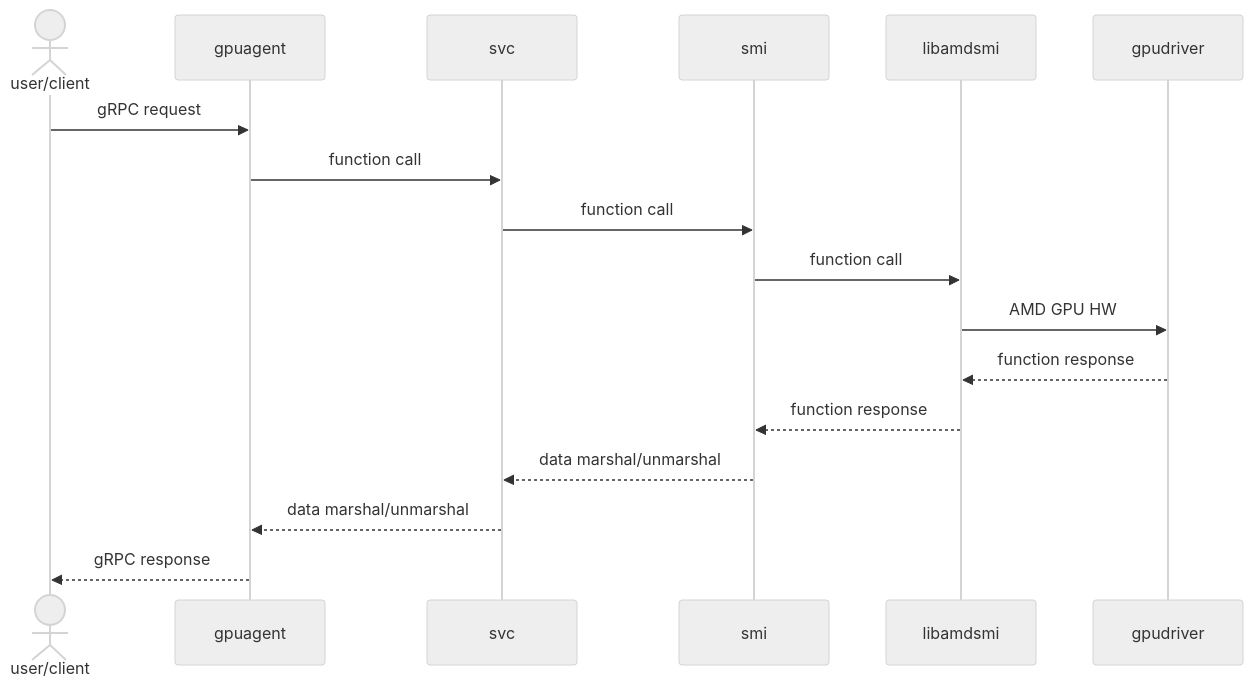
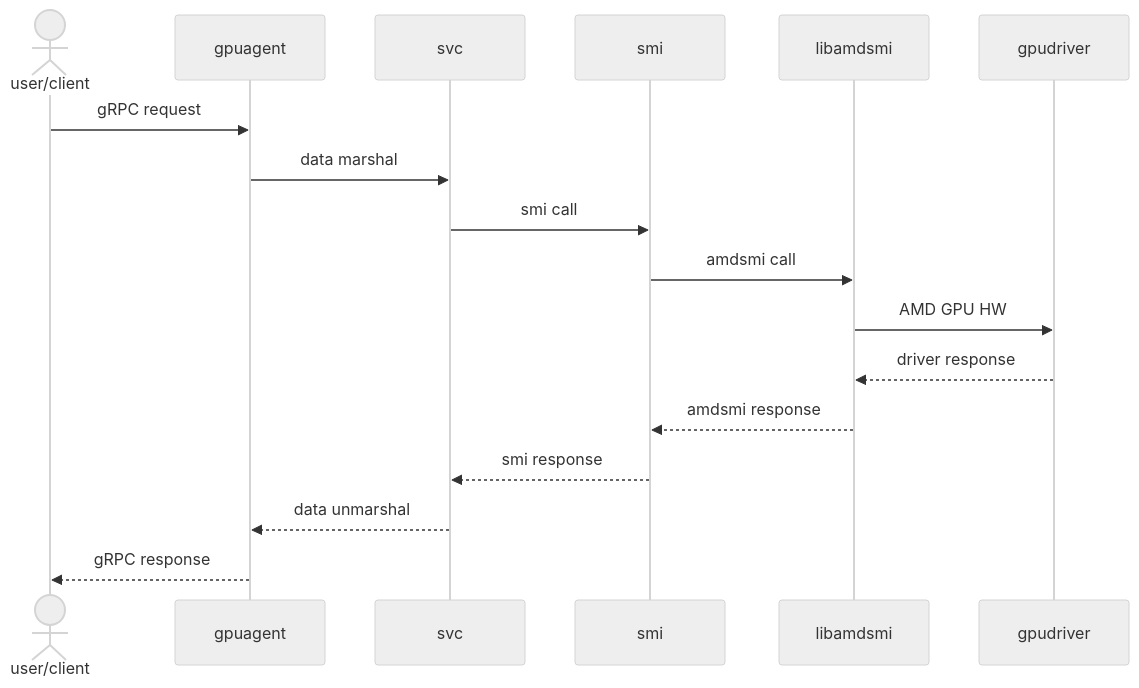
The diagram in developerguide.md (spraveenio/gpu-agent), drawn with Mermaid (neutral theme) before and after one commit.

Commit message:
update detailed function calls

````diff
--- a/developerguide.md
+++ b/developerguide.md
@@ -32,14 +32,14 @@
 ```mermaid
 sequenceDiagram
    actor user/client
    user/client ->> gpuagent : gRPC request
-   gpuagent ->> svc : function call
-   svc ->> smi : function call
-   smi ->> libamdsmi : function call
+   gpuagent ->> svc : data marshal
+   svc ->> smi : smi call
+   smi ->> libamdsmi : amdsmi call
    libamdsmi ->> gpudriver : AMD GPU HW
-   gpudriver -->> libamdsmi : function response
-   libamdsmi -->> smi : function response
-   smi -->> svc : data marshal/unmarshal
-   svc -->> gpuagent : data marshal/unmarshal
+   gpudriver -->> libamdsmi : driver response
+   libamdsmi -->> smi : amdsmi response
+   smi -->> svc : smi response
+   svc -->> gpuagent : data unmarshal
    gpuagent -->> user/client : gRPC response
 ```
````
